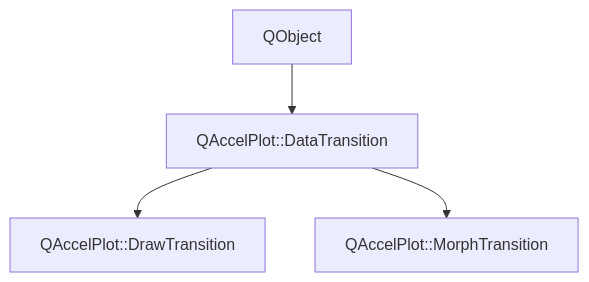
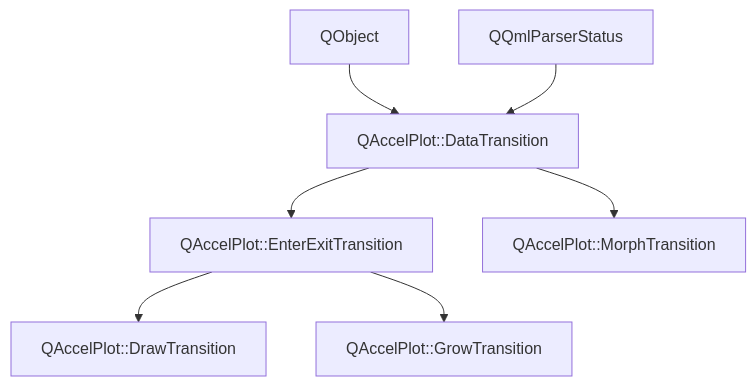
Before and after one commit to michalgrabarczyk/QAccelPlot: the diagram in main/assets/.doxy/QAccelPlot/api/classQAccelPlot_1_1DataTransition.md, drawn with Mermaid. The commit also changed other lines of this file and 381 other files, not shown here.

````diff
--- a/main/assets/.doxy/QAccelPlot/api/classQAccelPlot_1_1DataTransition.md
+++ b/main/assets/.doxy/QAccelPlot/api/classQAccelPlot_1_1DataTransition.md
@@ -32,16 +32,26 @@
 ```mermaid
 flowchart TB
   classQAccelPlot_1_1DataTransition["QAccelPlot::DataTransition"]
 
   external_base_classQAccelPlot_1_1DataTransition_1["QObject"]
   external_base_classQAccelPlot_1_1DataTransition_1 --> classQAccelPlot_1_1DataTransition
+  external_base_classQAccelPlot_1_1DataTransition_2["QQmlParserStatus"]
+  external_base_classQAccelPlot_1_1DataTransition_2 --> classQAccelPlot_1_1DataTransition
+
+  classQAccelPlot_1_1EnterExitTransition["QAccelPlot::EnterExitTransition"]
+  classQAccelPlot_1_1DataTransition --> classQAccelPlot_1_1EnterExitTransition
+  click classQAccelPlot_1_1EnterExitTransition "../classQAccelPlot_1_1EnterExitTransition/" "Open QAccelPlot::EnterExitTransition"
 
   classQAccelPlot_1_1DrawTransition["QAccelPlot::DrawTransition"]
-  classQAccelPlot_1_1DataTransition --> classQAccelPlot_1_1DrawTransition
+  classQAccelPlot_1_1EnterExitTransition --> classQAccelPlot_1_1DrawTransition
   click classQAccelPlot_1_1DrawTransition "../classQAccelPlot_1_1DrawTransition/" "Open QAccelPlot::DrawTransition"
+
+  classQAccelPlot_1_1GrowTransition["QAccelPlot::GrowTransition"]
+  classQAccelPlot_1_1EnterExitTransition --> classQAccelPlot_1_1GrowTransition
+  click classQAccelPlot_1_1GrowTransition "../classQAccelPlot_1_1GrowTransition/" "Open QAccelPlot::GrowTransition"
 
   classQAccelPlot_1_1MorphTransition["QAccelPlot::MorphTransition"]
   classQAccelPlot_1_1DataTransition --> classQAccelPlot_1_1MorphTransition
   click classQAccelPlot_1_1MorphTransition "../classQAccelPlot_1_1MorphTransition/" "Open QAccelPlot::MorphTransition"
 
 ```
````
